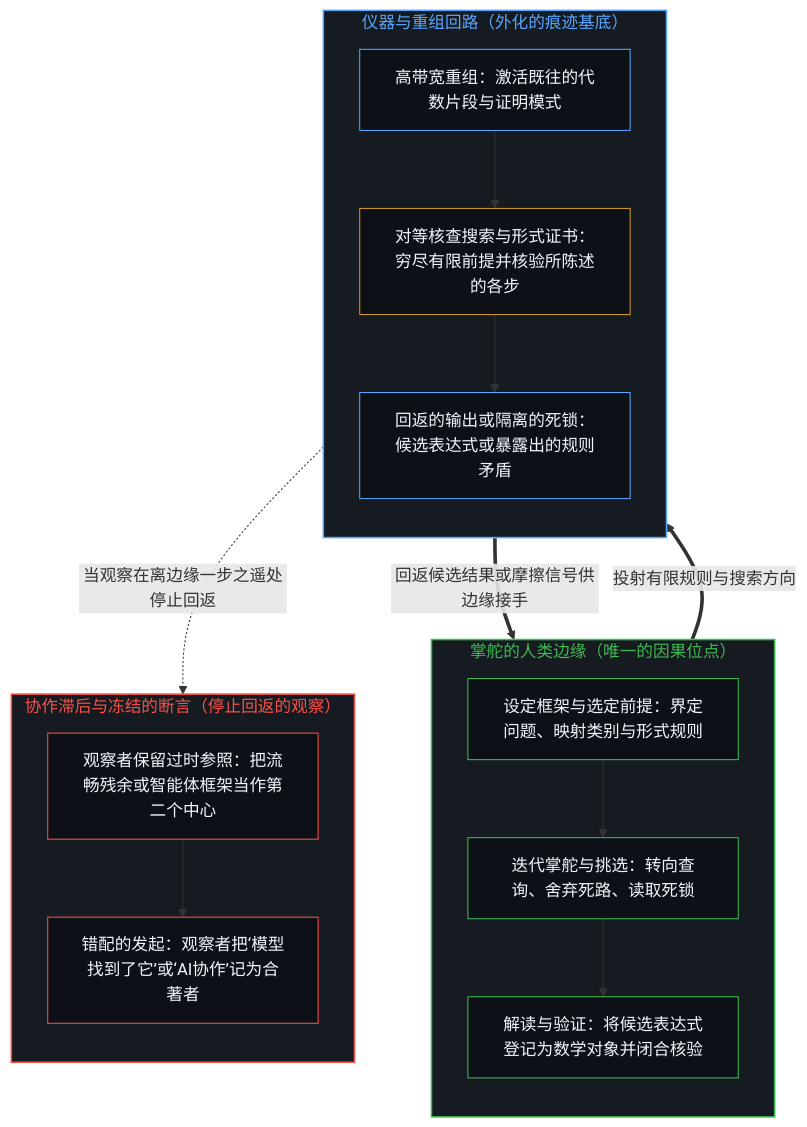
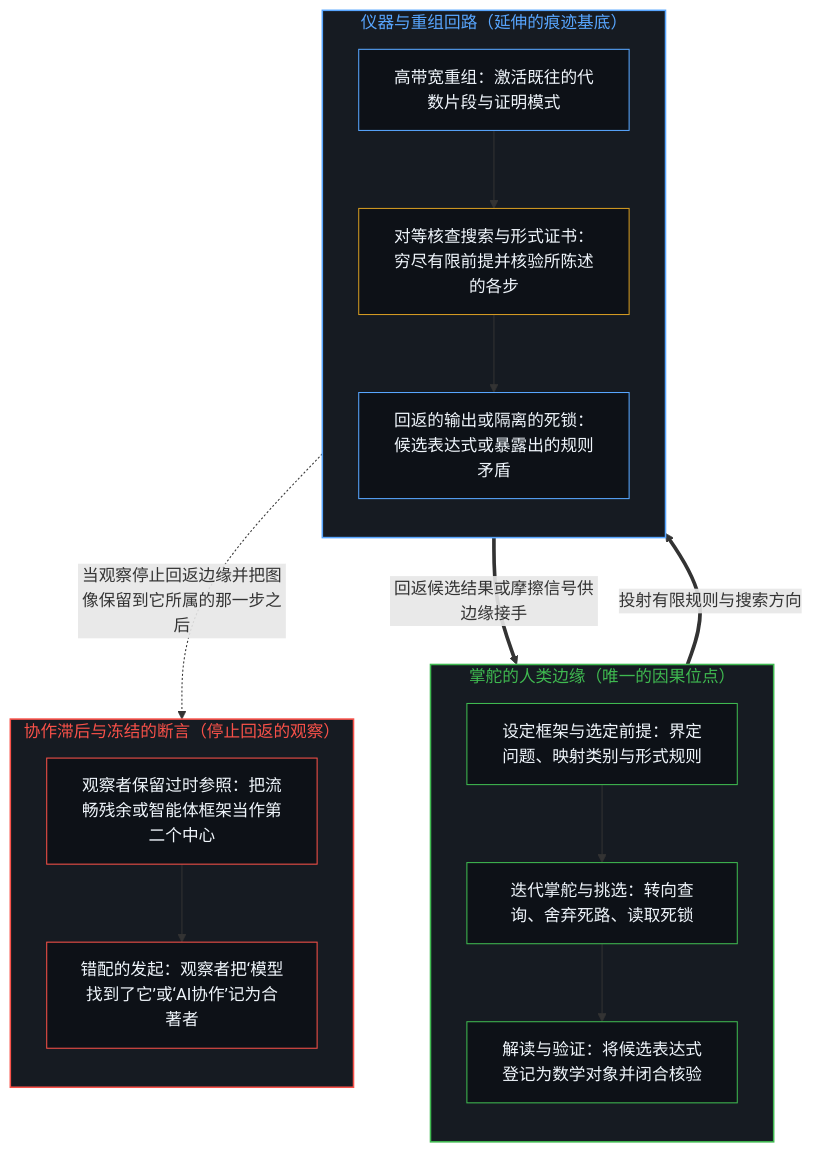
Before and after one commit to powerpig99/not-a-toe: the first of 2 diagrams in content/posts/causality-stays-at-the-edge-that-steers.md, drawn with Mermaid. The commit also changed other lines of this file and 13 other files, not shown here.

````diff
--- a/content/posts/causality-stays-at-the-edge-that-steers.md
+++ b/content/posts/causality-stays-at-the-edge-that-steers.md
@@ -49,37 +49,37 @@
 ```mermaid
 flowchart TD
     subgraph S_Edge["掌舵的人类边缘（唯一的因果位点）"]
         direction TB
         E_Frame["设定框架与选定前提：界定问题、映射类别与形式规则"]
         E_Steer["迭代掌舵与挑选：转向查询、舍弃死路、读取死锁"]
         E_Verify["解读与验证：将候选表达式登记为数学对象并闭合核验"]
         E_Frame --> E_Steer --> E_Verify
     end
-    subgraph S_Inst["仪器与重组回路（外化的痕迹基底）"]
+    subgraph S_Inst["仪器与重组回路（延伸的痕迹基底）"]
         direction TB
         I_Recomb["高带宽重组：激活既往的代数片段与证明模式"]
         I_Peer["对等核查搜索与形式证书：穷尽有限前提并核验所陈述的各步"]
         I_Signal["回返的输出或隔离的死锁：候选表达式或暴露出的规则矛盾"]
         I_Recomb --> I_Peer --> I_Signal
     end
     subgraph S_Freeze["协作滞后与冻结的断言（停止回返的观察）"]
         direction TB
         F_Lag["观察者保留过时参照：把流畅残余或智能体框架当作第二个中心"]
         F_Mis["错配的发起：观察者把‘模型找到了它’或‘AI协作’记为合著者"]
         F_Lag --> F_Mis
     end
     E_Frame ==>|"投射有限规则与搜索方向"| I_Recomb
     I_Signal ==>|"回返候选结果或摩擦信号供边缘接手"| E_Steer
-    I_Signal -.->|"当观察在离边缘一步之遥处停止回返"| F_Lag
+    I_Signal -.->|"当观察停止回返边缘并把图像保留到它所属的那一步之后"| F_Lag
     style S_Edge fill:#161b22,stroke:#3fb950,stroke-width:1.5px,color:#3fb950
     style S_Inst fill:#161b22,stroke:#58a6ff,stroke-width:1.5px,color:#58a6ff
     style S_Freeze fill:#161b22,stroke:#f85149,stroke-width:1.5px,color:#f85149
     style E_Frame fill:#0d1117,stroke:#3fb950,stroke-width:1px,color:#f0f6fc
     style E_Steer fill:#0d1117,stroke:#3fb950,stroke-width:1px,color:#f0f6fc
     style E_Verify fill:#0d1117,stroke:#3fb950,stroke-width:1px,color:#f0f6fc
     style I_Recomb fill:#0d1117,stroke:#58a6ff,stroke-width:1px,color:#f0f6fc
     style I_Peer fill:#0d1117,stroke:#d29922,stroke-width:1px,color:#f0f6fc
     style I_Signal fill:#0d1117,stroke:#58a6ff,stroke-width:1px,color:#f0f6fc
     style F_Lag fill:#0d1117,stroke:#f85149,stroke-width:1px,color:#f0f6fc
     style F_Mis fill:#0d1117,stroke:#f85149,stroke-width:1px,color:#f0f6fc
 ```
````
